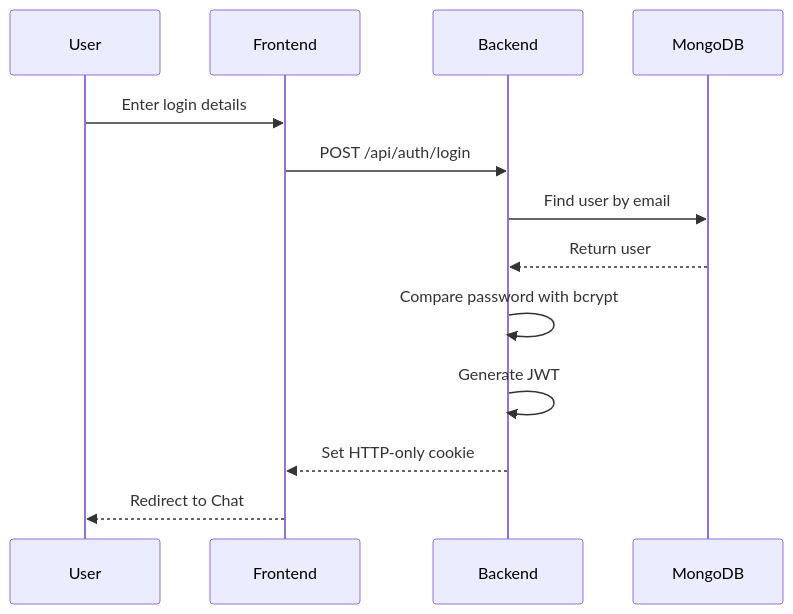
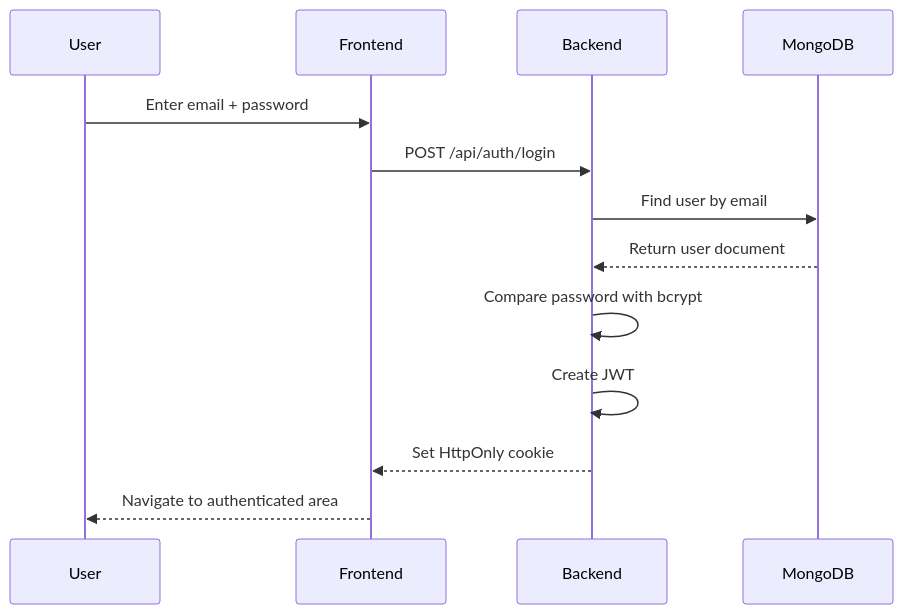
Before and after one commit to Saurav11343/click-chat: the first of 3 diagrams in README.md, drawn with Mermaid. The commit also changed other lines of this file, not shown here.

````diff
--- a/README.md
+++ b/README.md
@@ -138,16 +171,16 @@
 ```mermaid
 sequenceDiagram
     participant User
     participant Frontend
     participant Backend
     participant MongoDB
 
-    User->>Frontend: Enter login details
+    User->>Frontend: Enter email + password
     Frontend->>Backend: POST /api/auth/login
     Backend->>MongoDB: Find user by email
-    MongoDB-->>Backend: Return user
+    MongoDB-->>Backend: Return user document
     Backend->>Backend: Compare password with bcrypt
-    Backend->>Backend: Generate JWT
-    Backend-->>Frontend: Set HTTP-only cookie
-    Frontend-->>User: Redirect to Chat
+    Backend->>Backend: Create JWT
+    Backend-->>Frontend: Set HttpOnly cookie
+    Frontend-->>User: Navigate to authenticated area
 ```
````
